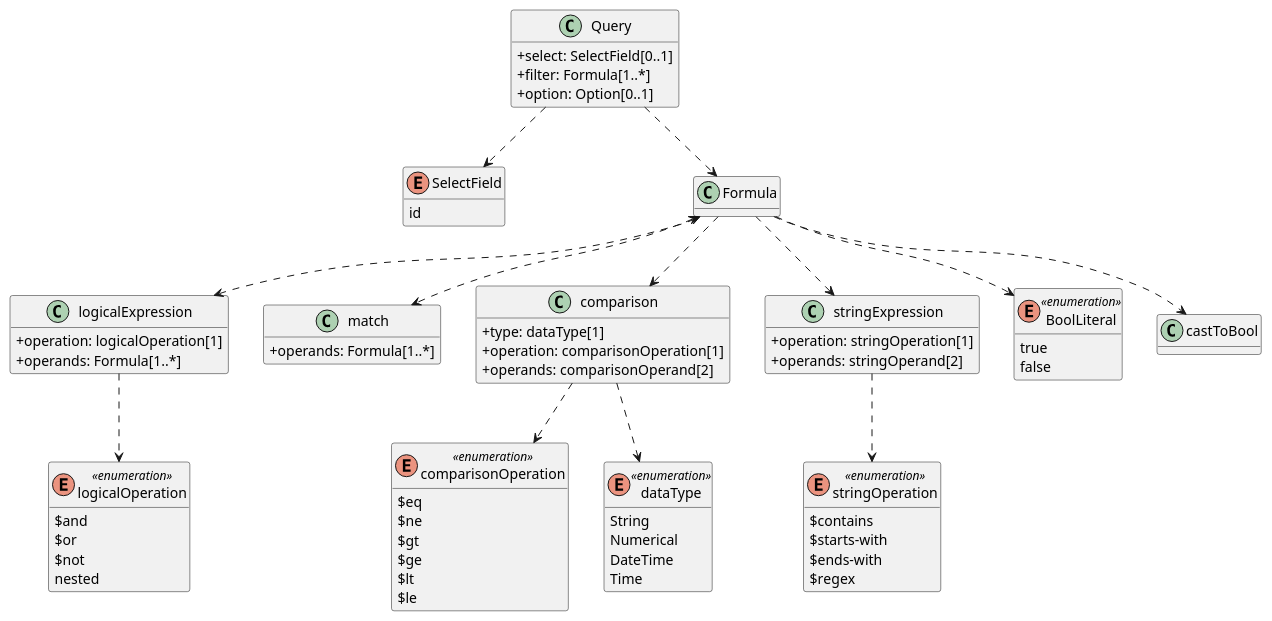
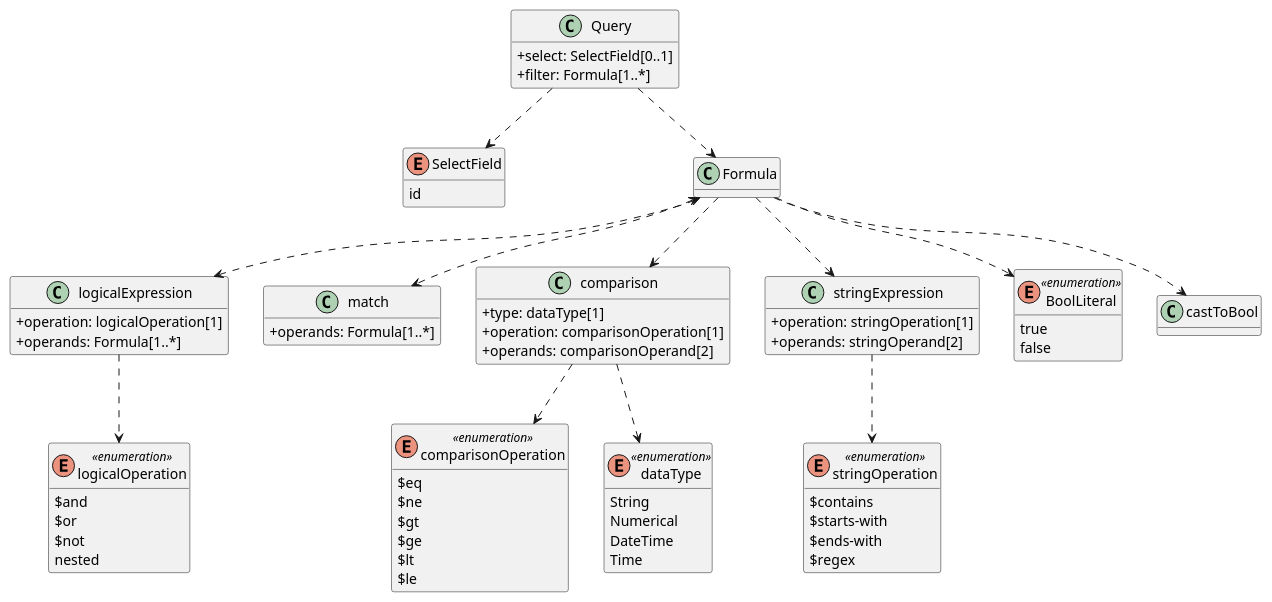
Before and after one commit to admin-shell-io/aas-specs-api: the diagram in documentation/IDTA-01002-3/modules/ROOT/images/plantuml/query-language-overview.puml, drawn with PlantUML. The commit also changed 12 other files, not shown here.

```diff
--- a/documentation/IDTA-01002-3/modules/ROOT/images/plantuml/query-language-overview.puml
+++ b/documentation/IDTA-01002-3/modules/ROOT/images/plantuml/query-language-overview.puml
@@ -1,102 +1,101 @@
 @startuml
 !pragma useIntermediatePackages false
 skinparam classAttributeIconSize 0
 
 hide methods 
 
 class Query {
     +select: SelectField[0..1]
     +filter: Formula[1..*]
-    +option: Option[0..1]
 }
  
 Query ..> SelectField
 Query ..> Formula
 
 ' to better arrange the SelectField
 SelectField -r[hidden]- Placeholder1
 Placeholder1 -r[hidden]- Formula
 hide Placeholder1
 
 ' to better arrange the elements
 Placeholder2 -l[hidden]- Formula
 hide Placeholder2
  
 enum SelectField {
      id
 }
 
 
   class Formula {
   }
 
   enum logicalOperation <<enumeration>> {
     $and
     $or
     $not
     nested
   }
 
   class logicalExpression {
     +operation: logicalOperation[1]
     +operands: Formula[1..*]
   }
 
   class match {
     +operands: Formula[1..*]
   }
 
   enum comparisonOperation <<enumeration>> {
     $eq
     $ne
     $gt
     $ge
     $lt
     $le
   }
   enum dataType <<enumeration>> {
     String
     Numerical
     DateTime
     Time
   }
   class comparison {
     +type: dataType[1]
     +operation: comparisonOperation[1]
     +operands: comparisonOperand[2]
   }
 
   enum stringOperation <<enumeration>> {
     $contains
     $starts-with
     $ends-with
     $regex
   }
   class stringExpression {
     +operation: stringOperation[1]
     +operands: stringOperand[2]
   }
 
   enum BoolLiteral <<enumeration>> {
     true
     false
   }
   class castToBool {}
 
   Formula <.d.> logicalExpression
   logicalExpression ..> logicalOperation
   stringExpression ..> stringOperation
   Formula ..> comparison
   Formula <..> match
   comparison ..> dataType
   comparison ..> comparisonOperation
   Formula ..> stringExpression
   Formula .d.> castToBool
   Formula .d.> BoolLiteral
 
 'for better arrangements of the classes below Formula
 ' match .l[hidden]. comparison
 
 
 
 @enduml
```
